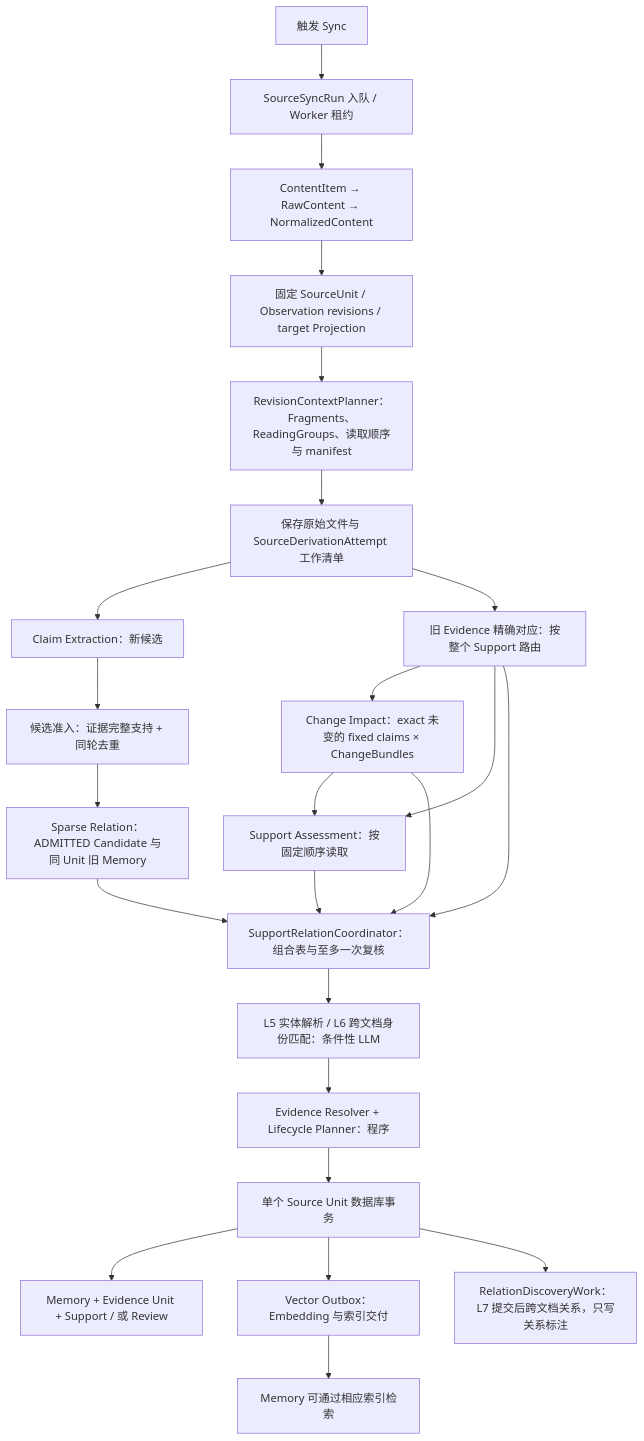
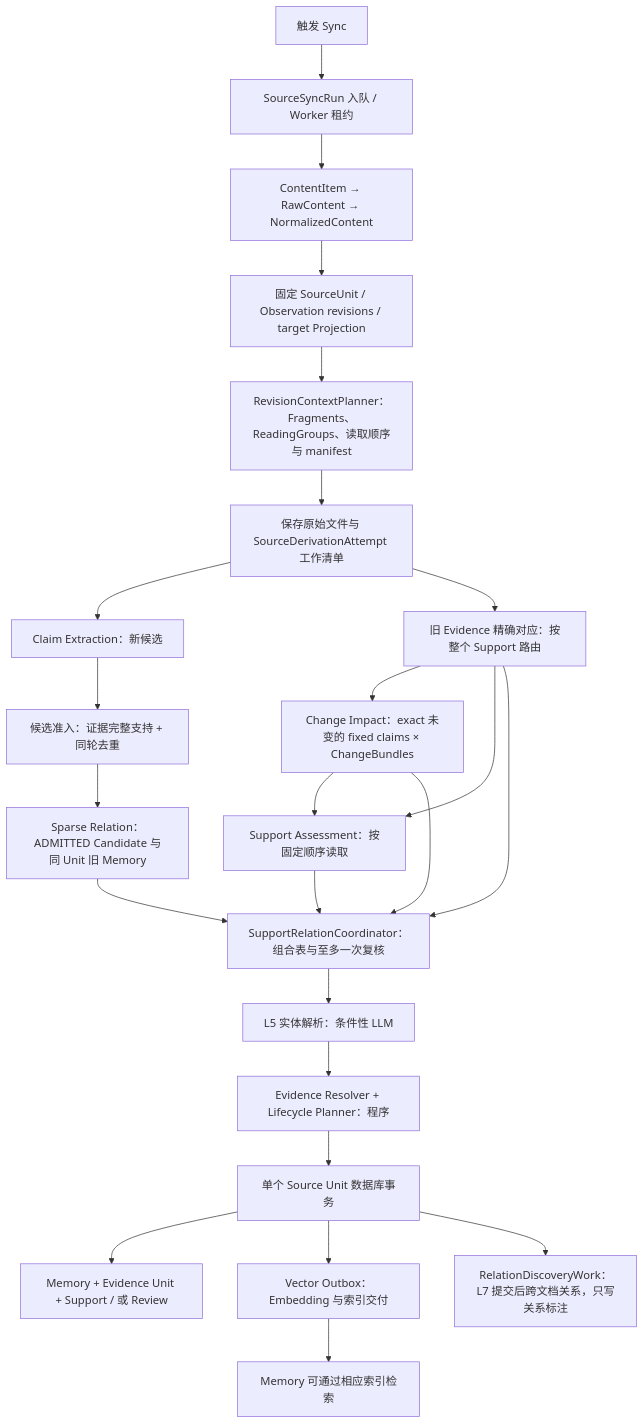
One commit to shno-labs/mem-forge changed the second of 2 diagrams in docs/design/source-sync-to-memory.md. Above: the diagram before and after it, drawn with Mermaid. The commit also changed other lines of this file and 6 other files, not shown here.

````diff
--- a/docs/design/source-sync-to-memory.md
+++ b/docs/design/source-sync-to-memory.md
@@ -552,26 +556,26 @@
 ```mermaid
 flowchart TD
     A[触发 Sync] --> B[SourceSyncRun 入队 / Worker 租约]
     B --> C[ContentItem → RawContent → NormalizedContent]
     C --> D[固定 SourceUnit / Observation revisions / target Projection]
     D --> F[RevisionContextPlanner：Fragments、ReadingGroups、读取顺序与 manifest]
     F --> E[保存原始文件与 SourceDerivationAttempt 工作清单]
     E --> G[Claim Extraction：新候选]
     G --> H[候选准入：证据完整支持 + 同轮去重]
     H --> J[Sparse Relation：ADMITTED Candidate 与同 Unit 旧 Memory]
     E --> S[旧 Evidence 精确对应：按整个 Support 路由]
     S --> X[Change Impact：exact 未变的 fixed claims × ChangeBundles]
     S --> I[Support Assessment：按固定顺序读取]
     X --> I
     X --> K[SupportRelationCoordinator：组合表与至多一次复核]
     S --> K
     I --> K
     J --> K
-    K --> L[L5 实体解析 / L6 跨文档身份匹配：条件性 LLM]
+    K --> L[L5 实体解析：条件性 LLM]
     L --> M[Evidence Resolver + Lifecycle Planner：程序]
     M --> N[单个 Source Unit 数据库事务]
     N --> O[Memory + Evidence Unit + Support / 或 Review]
     N --> P[Vector Outbox：Embedding 与索引交付]
     N --> Q[RelationDiscoveryWork：L7 提交后跨文档关系，只写关系标注]
     P --> R[Memory 可通过相应索引检索]
 ```
````
